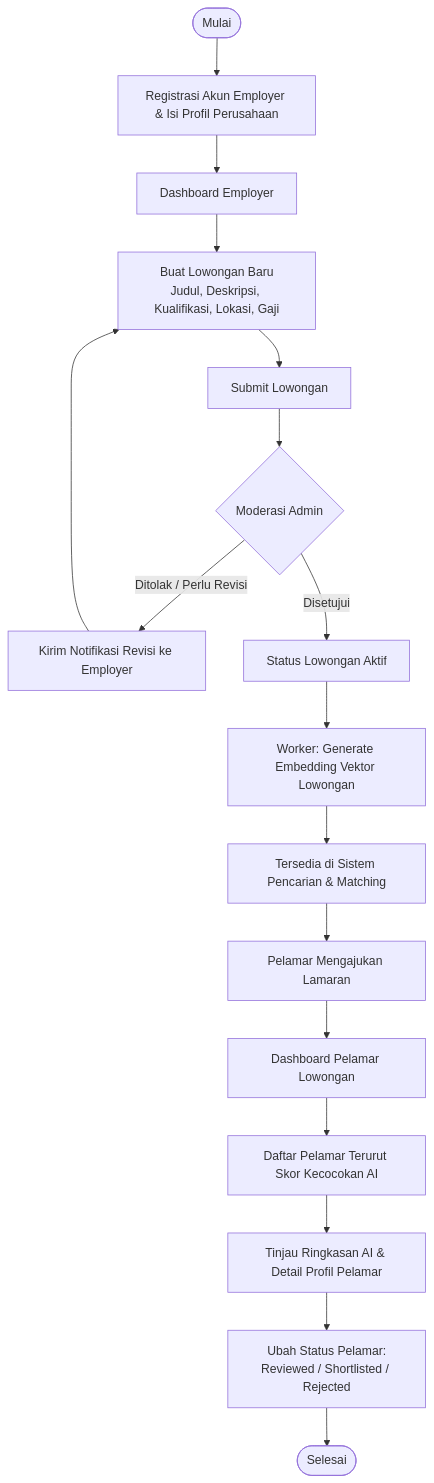
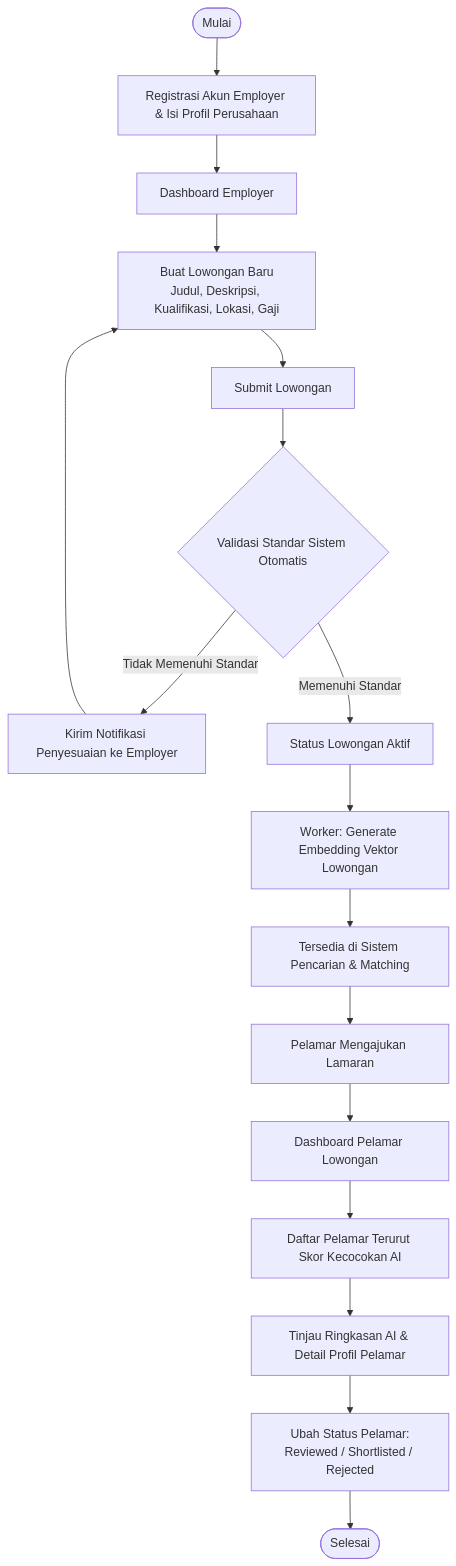
One commit to DanuZen/Technopreuneur- changed the second of 5 diagrams in docs/workflow.md. Above: the diagram before and after it, drawn with Mermaid. The commit also changed 6 other files, not shown here.

````diff
--- a/docs/workflow.md
+++ b/docs/workflow.md
@@ -79,19 +79,19 @@
 ```mermaid
 flowchart TD
     A([Mulai]) --> B[Registrasi Akun Employer & Isi Profil Perusahaan]
     B --> C[Dashboard Employer]
     C --> D[Buat Lowongan Baru\nJudul, Deskripsi, Kualifikasi, Lokasi, Gaji]
     D --> E[Submit Lowongan]
-    E --> F{Moderasi Admin}
-    F -- Ditolak / Perlu Revisi --> G[Kirim Notifikasi Revisi ke Employer]
+    E --> F{Validasi Standar Sistem Otomatis}
+    F -- Tidak Memenuhi Standar --> G[Kirim Notifikasi Penyesuaian ke Employer]
     G --> D
-    F -- Disetujui --> H[Status Lowongan Aktif]
+    F -- Memenuhi Standar --> H[Status Lowongan Aktif]
     H --> I[Worker: Generate Embedding Vektor Lowongan]
     I --> J[Tersedia di Sistem Pencarian & Matching]
     J --> K[Pelamar Mengajukan Lamaran]
     K --> L[Dashboard Pelamar Lowongan]
     L --> M[Daftar Pelamar Terurut Skor Kecocokan AI]
     M --> N[Tinjau Ringkasan AI & Detail Profil Pelamar]
     N --> O[Ubah Status Pelamar:\nReviewed / Shortlisted / Rejected]
     O --> P([Selesai])
 ```
````
